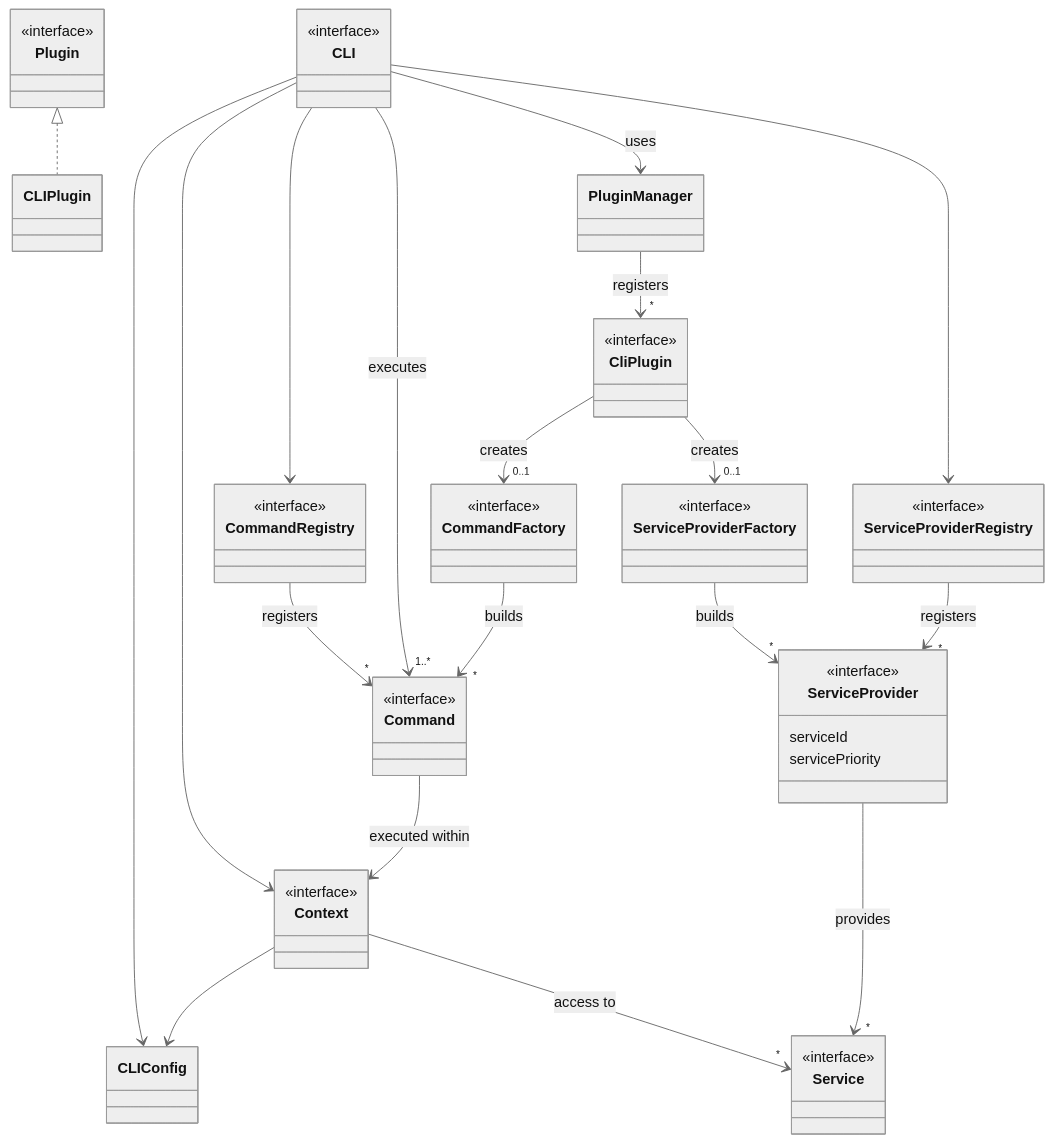
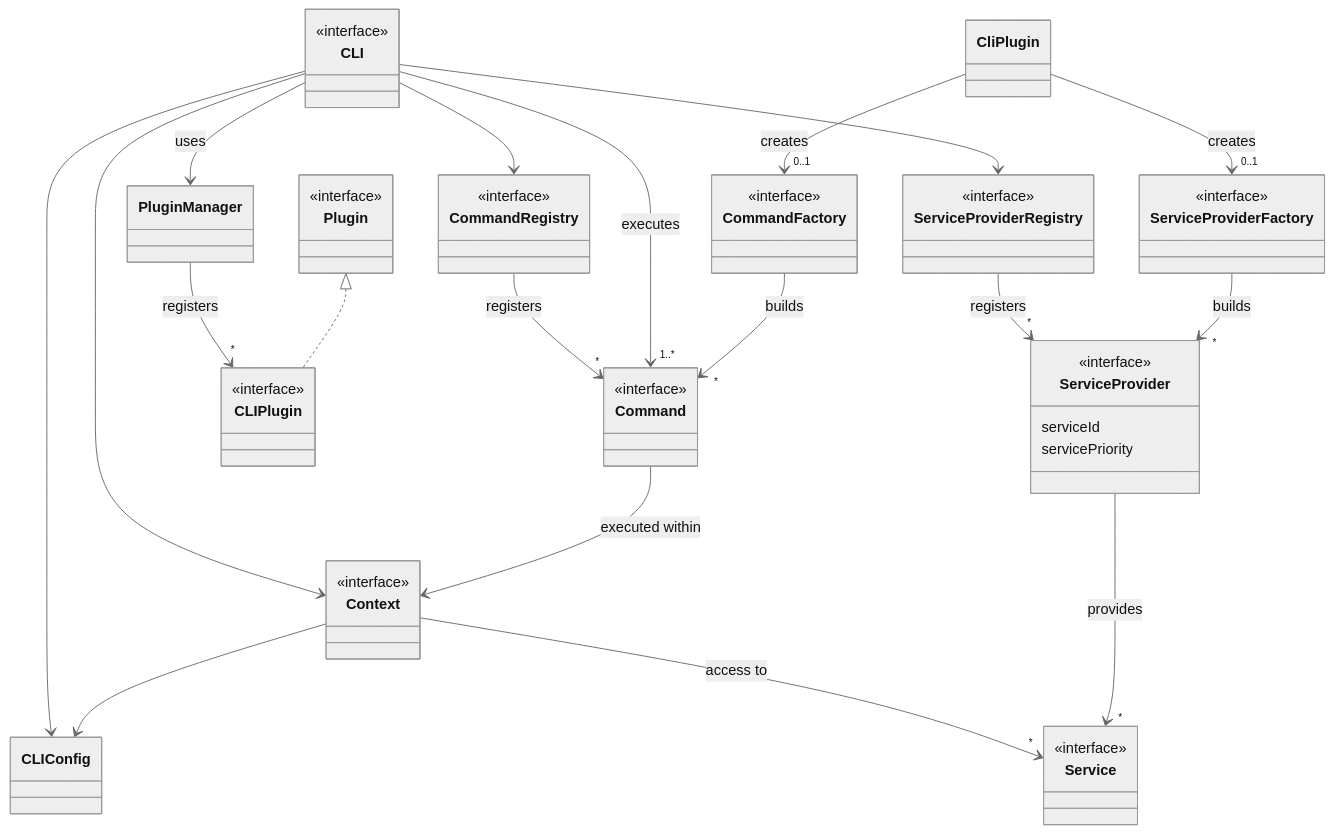
One commit to flowscripter/dynamic-cli-framework changed the first of 2 diagrams in README/key-concepts.md. Above: the diagram before and after it, drawn with Mermaid (neutral theme). The commit also changed 6 other files, not shown here.

```diff
--- a/README/key-concepts.md
+++ b/README/key-concepts.md
@@ -63,13 +63,10 @@
     }
 
     class CLIPlugin {
+        <<interface>>
     }
 
     class PluginManager {
-    }
-
-    class CliPlugin {
-        <<interface>>
     }
 
     class CommandFactory {
@@ -104,7 +101,7 @@
 
     CLI-->ServiceProviderRegistry
 
-    PluginManager --> "*" CliPlugin : registers
+    PluginManager --> "*" CLIPlugin : registers
 
     Plugin <|.. CLIPlugin
 
```
